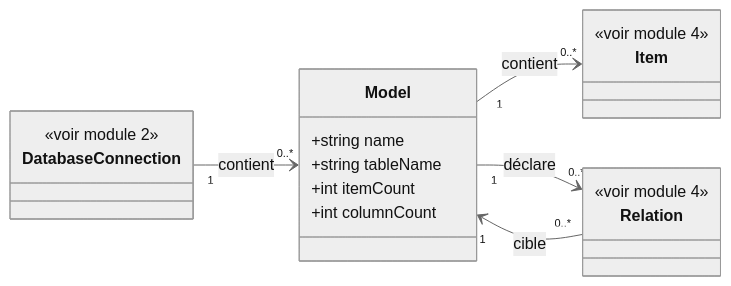
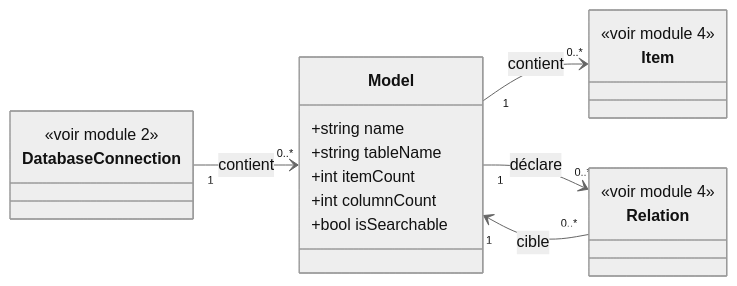
One commit to quatrebarbes/modelbase changed the diagram in docs/sfd/3. Modèles.md. Above: the diagram before and after it, drawn with Mermaid (neutral theme). The commit also changed other lines of this file and 2 other files, not shown here.

First line of the commit message:
Fonctionnel : ajustement SFD & roadmap

````diff
--- a/docs/sfd/3. Modèles.md
+++ b/docs/sfd/3. Modèles.md
@@ -11,28 +11,29 @@
 ```mermaid
 classDiagram
     direction LR
 
     class DatabaseConnection {
         <<voir module 2>>
     }
 
     class Model {
         +string name
         +string tableName
         +int itemCount
         +int columnCount
+        +bool isSearchable
     }
 
     class Item {
         <<voir module 4>>
     }
 
     class Relation {
         <<voir module 4>>
     }
 
     DatabaseConnection "1" --> "0..*" Model : contient
     Model "1" --> "0..*" Item : contient
     Model "1" --> "0..*" Relation : déclare
     Relation "0..*" --> "1" Model : cible
 ```
````
